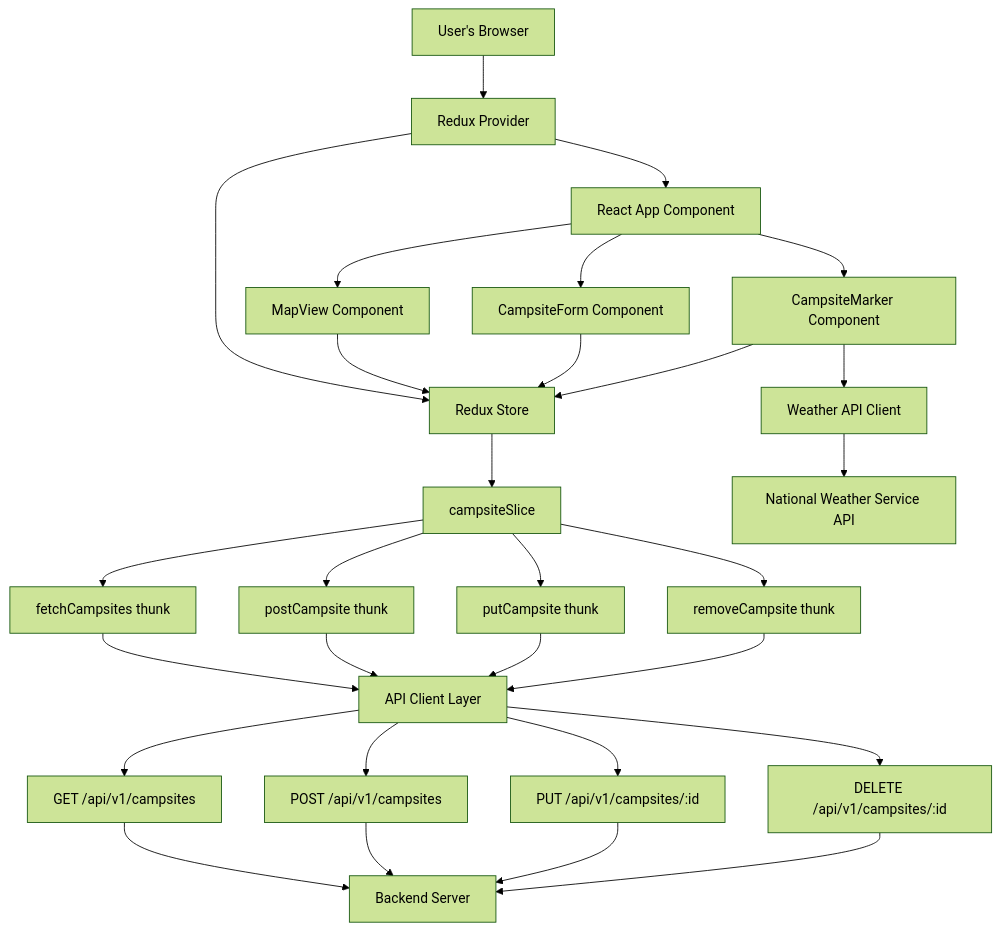
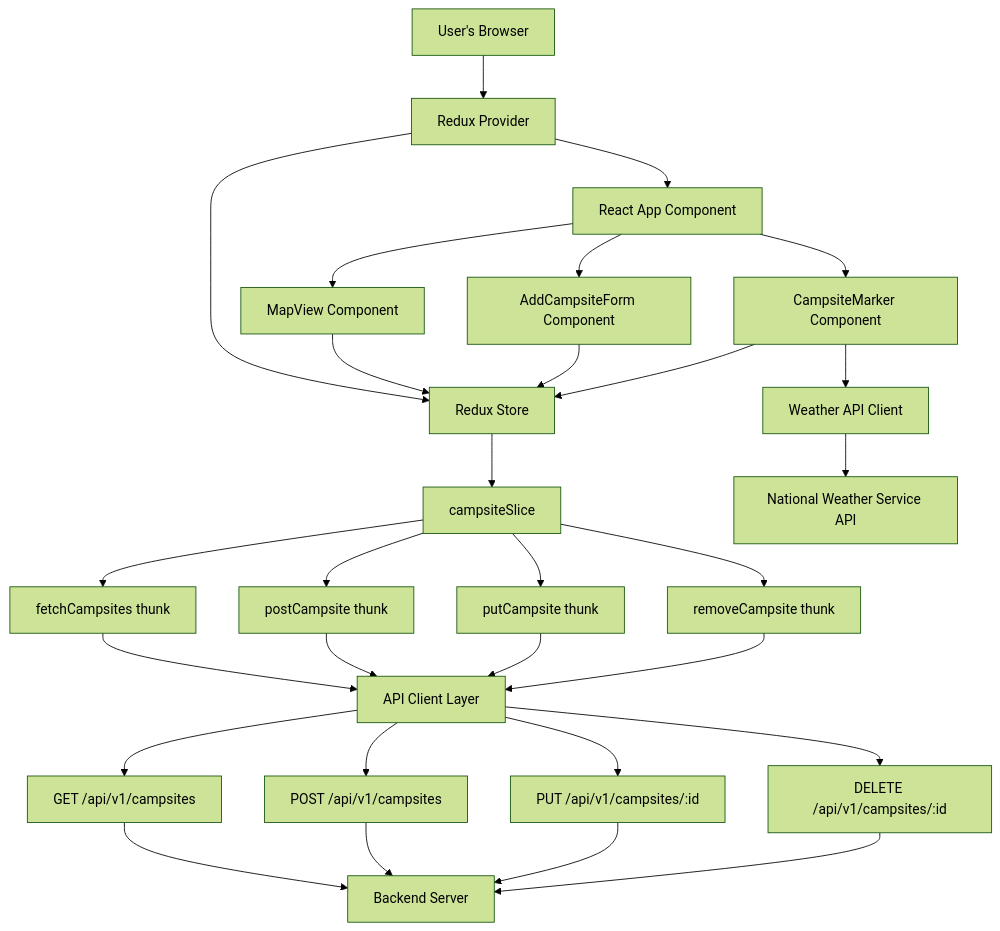
One commit to baileydunning/campsights changed the first of 2 diagrams in README.md. Above: the diagram before and after it, drawn with Mermaid (forest theme). The commit also changed 11 other files, not shown here.

````diff
--- a/README.md
+++ b/README.md
@@ -37,38 +37,38 @@
 ```mermaid
 flowchart TD
     A[User's Browser] --> B[Redux Provider]
     B --> C[Redux Store]
     B --> D[React App Component]
     
     D --> E[MapView Component]
-    D --> F[CampsiteForm Component]
+    D --> F[AddCampsiteForm Component]
     D --> G[CampsiteMarker Component]
     
     E --> C
     F --> C
     G --> C
     
     C --> H[campsiteSlice]
     H --> I[fetchCampsites thunk]
     H --> J[postCampsite thunk]
     H --> K[putCampsite thunk]
     H --> L[removeCampsite thunk]
     
     I --> M[API Client Layer]
     J --> M
     K --> M
     L --> M
     
     M --> N[GET /api/v1/campsites]
     M --> O[POST /api/v1/campsites]
     M --> P[PUT /api/v1/campsites/:id]
     M --> Q[DELETE /api/v1/campsites/:id]
     
     G --> R[Weather API Client]
     R --> S[National Weather Service API]
     
     N --> T[Backend Server]
     O --> T
     P --> T
     Q --> T
 ```
````
